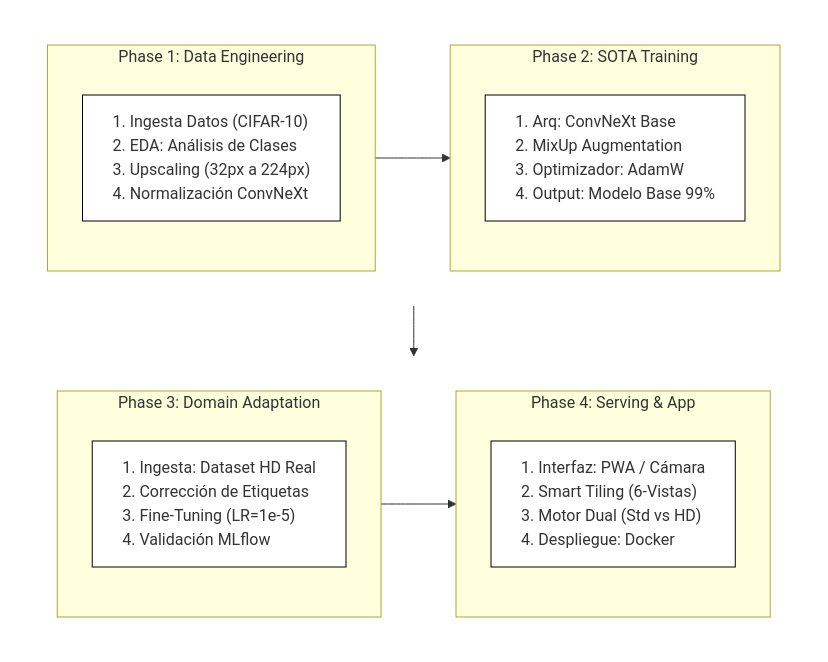
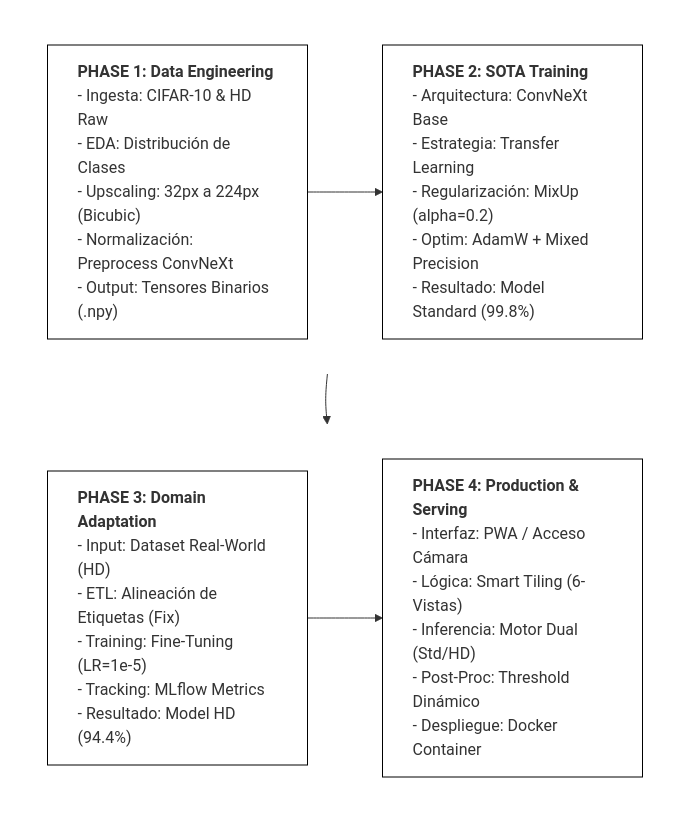
Before and after one commit to elsebasdev1/model_multilabel: the diagram in README.md, drawn with Mermaid.

Commit message:
Update Mermaid diagram for project phases

````diff
--- a/README.md
+++ b/README.md
@@ -24,42 +24,44 @@
 ```mermaid
-flowchart TB
-    %% --- ESTILOS LIMPIOS ---
-    classDef content fill:#fff,stroke:#000,stroke-width:1px,text-align:left;
+flowchart TD
+    %% --- DEFINICIÓN DE ESTILOS (PAPER ACADÉMICO) ---
+    %% Estilo de caja con texto alineado a la izquierda y fondo blanco
+    classDef phaseBox fill:#fff,stroke:#000,stroke-width:1px,text-align:left;
 
-    %% --- FILA SUPERIOR (Fases 1 y 2) ---
-    subgraph TOP_ROW [ ]
+    %% --- DEFINICIÓN DE NODOS (CONTENIDO) ---
+    %% Usamos comillas para evitar errores de sintaxis
+    
+    P1["<b>PHASE 1: Data Engineering</b><br/>- Ingesta: CIFAR-10 & HD Raw<br/>- EDA: Distribución de Clases<br/>- Upscaling: 32px a 224px (Bicubic)<br/>- Normalización: Preprocess ConvNeXt<br/>- Output: Tensores Binarios (.npy)"]:::phaseBox
+
+    P2["<b>PHASE 2: SOTA Training</b><br/>- Arquitectura: ConvNeXt Base<br/>- Estrategia: Transfer Learning<br/>- Regularización: MixUp (alpha=0.2)<br/>- Optim: AdamW + Mixed Precision<br/>- Resultado: Model Standard (99.8%)"]:::phaseBox
+
+    P3["<b>PHASE 3: Domain Adaptation</b><br/>- Input: Dataset Real-World (HD)<br/>- ETL: Alineación de Etiquetas (Fix)<br/>- Training: Fine-Tuning (LR=1e-5)<br/>- Tracking: MLflow Metrics<br/>- Resultado: Model HD (94.4%)"]:::phaseBox
+
+    P4["<b>PHASE 4: Production & Serving</b><br/>- Interfaz: PWA / Acceso Cámara<br/>- Lógica: Smart Tiling (6-Vistas)<br/>- Inferencia: Motor Dual (Std/HD)<br/>- Post-Proc: Threshold Dinámico<br/>- Despliegue: Docker Container"]:::phaseBox
+
+    %% --- ESTRUCTURA DE GRID (CUADRADO) ---
+    %% Subgrafos para forzar alineación horizontal por filas
+    
+    subgraph Row1 [ ]
         direction LR
-        style TOP_ROW fill:none,stroke:none
-
-        subgraph P1 ["Phase 1: Data Engineering"]
-            direction TB
-            N1["1. Ingesta Datos (CIFAR-10)<br/>2. EDA: Análisis de Clases<br/>3. Upscaling (32px a 224px)<br/>4. Normalización ConvNeXt"]:::content
-        end
-
-        subgraph P2 ["Phase 2: SOTA Training"]
-            direction TB
-            N2["1. Arq: ConvNeXt Base<br/>2. MixUp Augmentation<br/>3. Optimizador: AdamW<br/>4. Output: Modelo Base 99%"]:::content
-        end
+        style Row1 fill:none,stroke:none
+        P1
+        P2
     end
 
-    %% --- FILA INFERIOR (Fases 3 y 4) ---
-    subgraph BOT_ROW [ ]
+    subgraph Row2 [ ]
         direction LR
-        style BOT_ROW fill:none,stroke:none
-
-        subgraph P3 ["Phase 3: Domain Adaptation"]
-            direction TB
-            N3["1. Ingesta: Dataset HD Real<br/>2. Corrección de Etiquetas<br/>3. Fine-Tuning (LR=1e-5)<br/>4. Validación MLflow"]:::content
-        end
-
-        subgraph P4 ["Phase 4: Serving & App"]
-            direction TB
-            N4["1. Interfaz: PWA / Cámara<br/>2. Smart Tiling (6-Vistas)<br/>3. Motor Dual (Std vs HD)<br/>4. Despliegue: Docker"]:::content
-        end
+        style Row2 fill:none,stroke:none
+        P3
+        P4
     end
 
-    %% --- FLUJO ---
-    N1 --> N2
-    N2 --> N3
-    N3 --> N4
+    %% --- CONEXIONES VISIBLES (FLUJO) ---
+    P1 --> P2
+    P2 --> P3
+    P3 --> P4
+
+    %% --- TRUCO DE ALINEACIÓN (INVISIBLES) ---
+    %% Esto fuerza que P3 quede debajo de P1 y P4 debajo de P2
+    P1 ~~~ P3
+    P2 ~~~ P4
 ```
````
